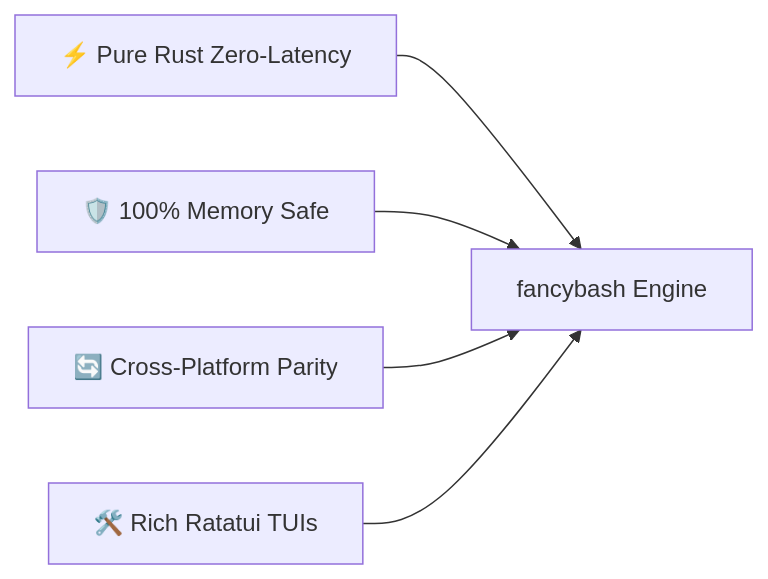
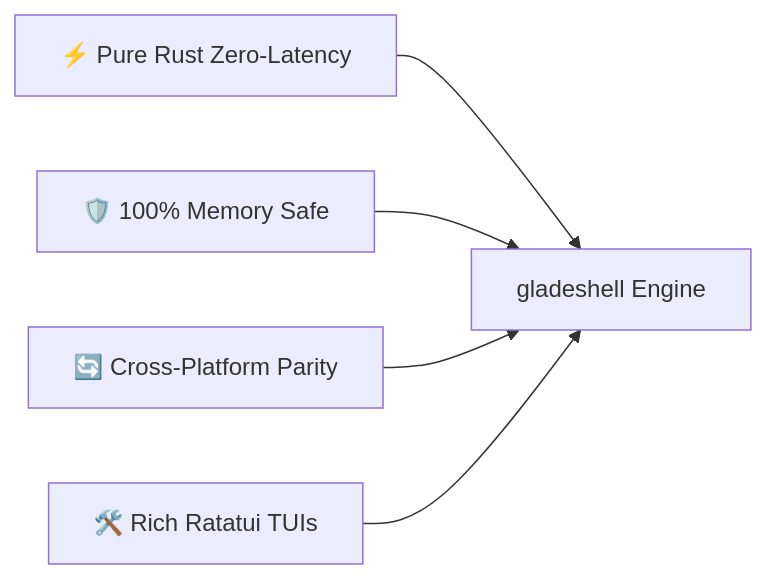
The diagram in ROADMAP.md (rihadjahanopu/gladeshell), drawn with Mermaid before and after one commit. The commit also changed other lines of this file and 106 other files, not shown here.

````diff
--- a/ROADMAP.md
+++ b/ROADMAP.md
@@ -35,7 +35,7 @@
 ```mermaid
 flowchart LR
-    A[⚡ Pure Rust Zero-Latency] --> E[fancybash Engine]
+    A[⚡ Pure Rust Zero-Latency] --> E[gladeshell Engine]
     B[🛡️ 100% Memory Safe] --> E
     C[🔄 Cross-Platform Parity] --> E
     D[🛠️ Rich Ratatui TUIs] --> E
 ```
````
